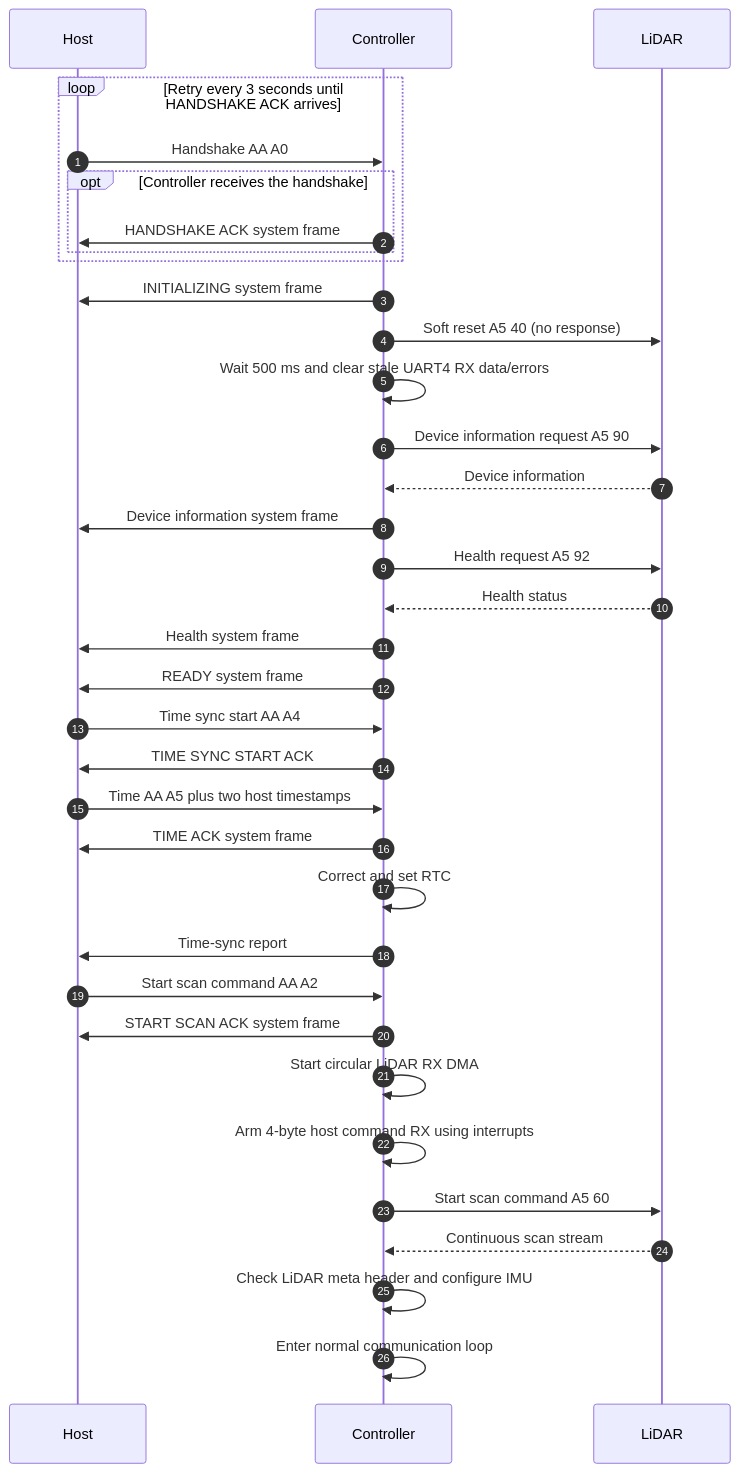
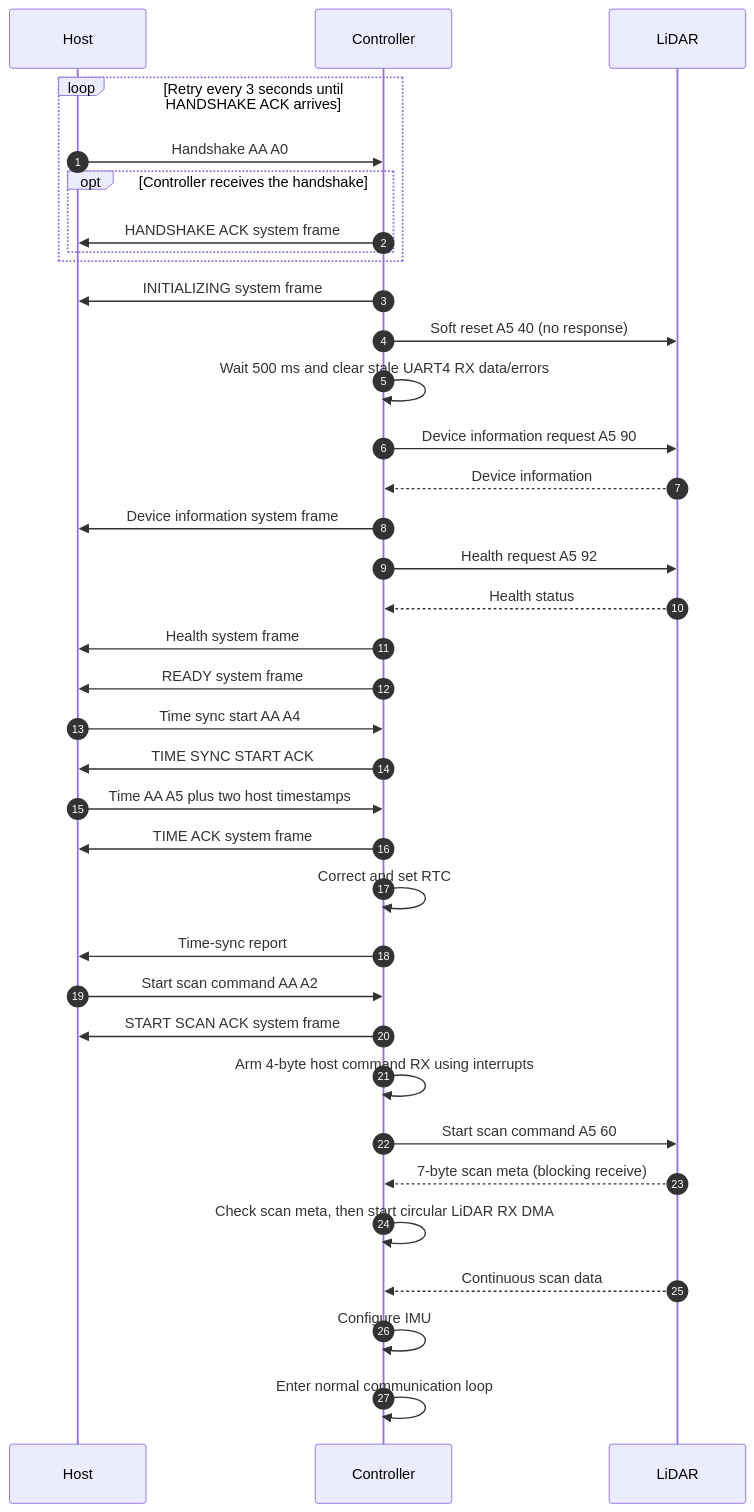
The first of 5 diagrams in docs/frame.md (kei185/sensor-echo), drawn with Mermaid before and after one commit. The commit also changed other lines of this file and 4 other files, not shown here.

Commit message:
[codex] fix: start LiDAR DMA after blocking scan meta reception

````diff
--- a/docs/frame.md
+++ b/docs/frame.md
@@ -13,38 +13,39 @@
 ```mermaid
 sequenceDiagram
     autonumber
     participant Host
     participant Controller
     participant LiDAR
 
     loop Retry every 3 seconds until HANDSHAKE ACK arrives
         Host->>Controller: Handshake AA A0
         opt Controller receives the handshake
             Controller->>Host: HANDSHAKE ACK system frame
         end
     end
     Controller->>Host: INITIALIZING system frame
     Controller->>LiDAR: Soft reset A5 40 (no response)
     Controller->>Controller: Wait 500 ms and clear stale UART4 RX data/errors
     Controller->>LiDAR: Device information request A5 90
     LiDAR-->>Controller: Device information
     Controller->>Host: Device information system frame
     Controller->>LiDAR: Health request A5 92
     LiDAR-->>Controller: Health status
     Controller->>Host: Health system frame
     Controller->>Host: READY system frame
     Host->>Controller: Time sync start AA A4
     Controller->>Host: TIME SYNC START ACK
     Host->>Controller: Time AA A5 plus two host timestamps
     Controller->>Host: TIME ACK system frame
     Controller->>Controller: Correct and set RTC
     Controller->>Host: Time-sync report
     Host->>Controller: Start scan command AA A2
     Controller->>Host: START SCAN ACK system frame
-    Controller->>Controller: Start circular LiDAR RX DMA
     Controller->>Controller: Arm 4-byte host command RX using interrupts
     Controller->>LiDAR: Start scan command A5 60
-    LiDAR-->>Controller: Continuous scan stream
-    Controller->>Controller: Check LiDAR meta header and configure IMU
+    LiDAR-->>Controller: 7-byte scan meta (blocking receive)
+    Controller->>Controller: Check scan meta, then start circular LiDAR RX DMA
+    LiDAR-->>Controller: Continuous scan data
+    Controller->>Controller: Configure IMU
     Controller->>Controller: Enter normal communication loop
 ```
````
